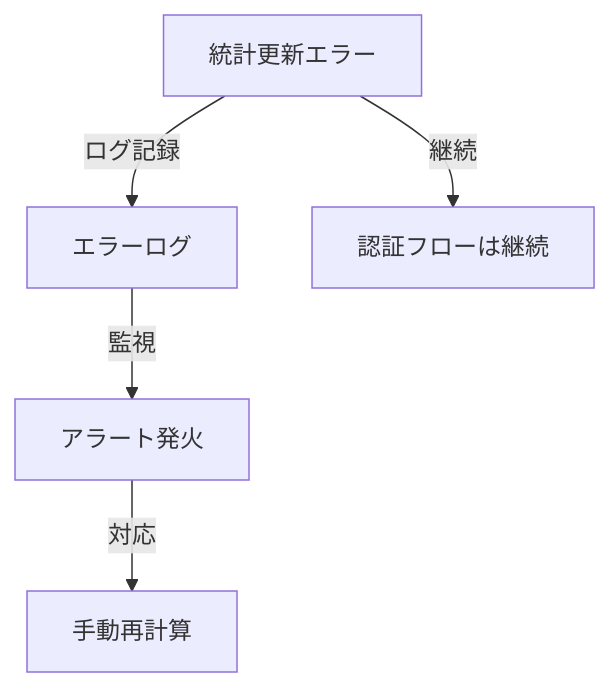
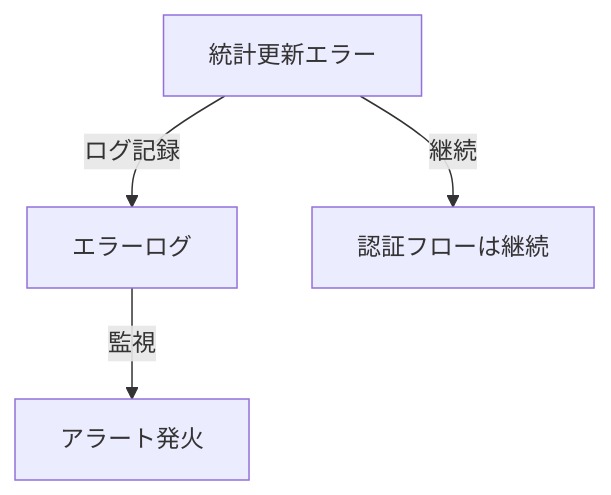
Before and after one commit to hirokazu-kobayashi-koba-hiro/idp-server: the sixth of 6 diagrams in documentation/docs/content_03_concepts/concept-22-tenant-statistics.md, drawn with Mermaid. The commit also changed other lines of this file and 30 other files, not shown here.

````diff
--- a/documentation/docs/content_03_concepts/concept-22-tenant-statistics.md
+++ b/documentation/docs/content_03_concepts/concept-22-tenant-statistics.md
@@ -301,7 +456,6 @@
 ```mermaid
 flowchart TD
     ERROR[統計更新エラー] -->|ログ記録| LOG[エラーログ]
     ERROR -->|継続| AUTH[認証フローは継続]
     LOG -->|監視| ALERT[アラート発火]
-    ALERT -->|対応| MANUAL[手動再計算]
 ```
````
